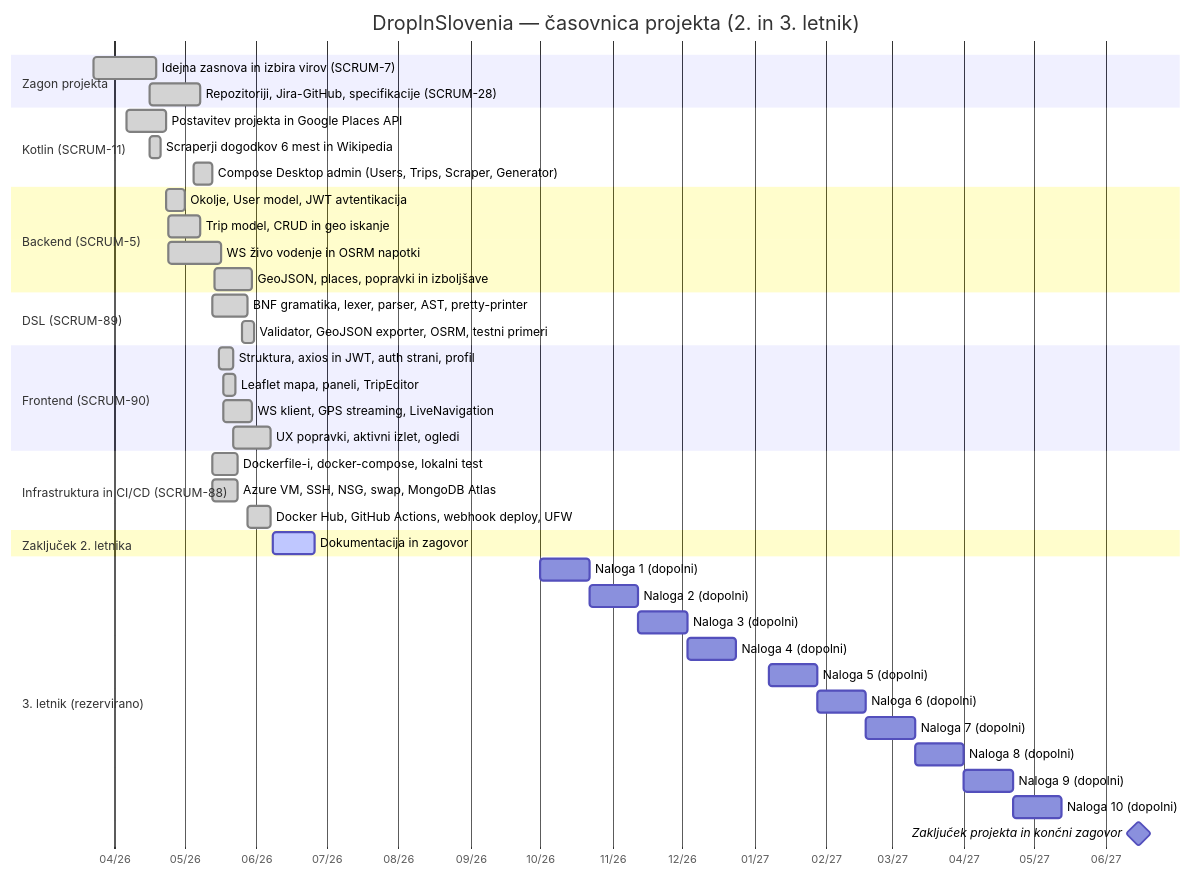
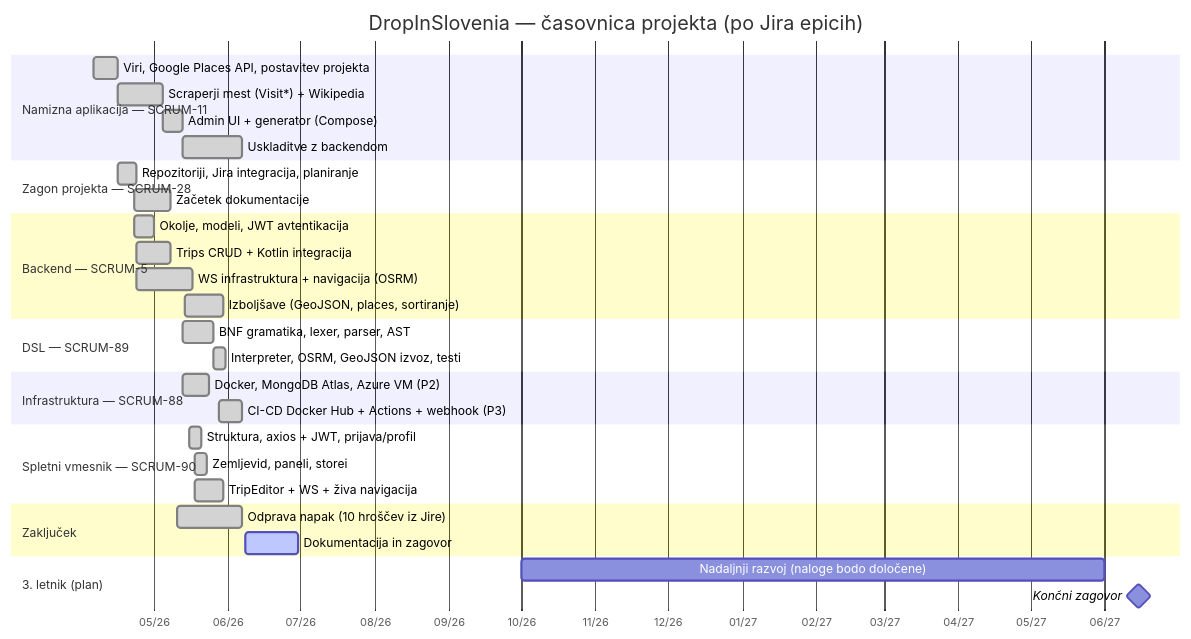
One commit to DropInSlovenia/dokumentacija changed the first of 11 diagrams in DOKUMENTACIJA.md. Above: the diagram before and after it, drawn with Mermaid. The commit also changed other lines of this file, not shown here.

````diff
--- a/DOKUMENTACIJA.md
+++ b/DOKUMENTACIJA.md
@@ -68,52 +65,43 @@
 ```mermaid
 gantt
-    title DropInSlovenia — časovnica projekta (2. in 3. letnik)
+    title DropInSlovenia — časovnica projekta (po Jira epicih)
     dateFormat  YYYY-MM-DD
     axisFormat  %m/%y
 
-    section Zagon projekta
-    Idejna zasnova in izbira virov (SCRUM-7)              :done, vir,   2026-03-23, 2026-04-19
-    Repozitoriji, Jira-GitHub, specifikacije (SCRUM-28)   :done, setup, 2026-04-16, 2026-05-08
+    section Namizna aplikacija — SCRUM-11
+    Viri, Google Places API, postavitev projekta :done, kt1, 2026-04-06, 2026-04-16
+    Scraperji mest (Visit*) + Wikipedia          :done, kt2, 2026-04-16, 2026-05-05
+    Admin UI + generator (Compose)               :done, kt3, 2026-05-05, 2026-05-13
+    Uskladitve z backendom                       :done, kt4, 2026-05-13, 2026-06-07
 
-    section Kotlin (SCRUM-11)
-    Postavitev projekta in Google Places API              :done, kt1, 2026-04-06, 2026-04-23
-    Scraperji dogodkov 6 mest in Wikipedia                :done, kt2, 2026-04-16, 2026-04-21
-    Compose Desktop admin (Users, Trips, Scraper, Generator) :done, kt3, 2026-05-05, 2026-05-13
+    section Zagon projekta — SCRUM-28
+    Repozitoriji, Jira integracija, planiranje   :done, st1, 2026-04-16, 2026-04-24
+    Začetek dokumentacije                        :done, st2, 2026-04-23, 2026-05-08
 
-    section Backend (SCRUM-5)
-    Okolje, User model, JWT avtentikacija                 :done, be1, 2026-04-23, 2026-05-01
-    Trip model, CRUD in geo iskanje                       :done, be2, 2026-04-24, 2026-05-08
-    WS živo vodenje in OSRM napotki                       :done, be3, 2026-04-24, 2026-05-17
-    GeoJSON, places, popravki in izboljšave               :done, be4, 2026-05-14, 2026-05-30
+    section Backend — SCRUM-5
+    Okolje, modeli, JWT avtentikacija            :done, be1, 2026-04-23, 2026-05-01
+    Trips CRUD + Kotlin integracija              :done, be2, 2026-04-24, 2026-05-08
+    WS infrastruktura + navigacija (OSRM)        :done, be3, 2026-04-24, 2026-05-17
+    Izboljšave (GeoJSON, places, sortiranje)     :done, be4, 2026-05-14, 2026-05-30
 
-    section DSL (SCRUM-89)
-    BNF gramatika, lexer, parser, AST, pretty-printer     :done, dsl1, 2026-05-13, 2026-05-28
-    Validator, GeoJSON exporter, OSRM, testni primeri     :done, dsl2, 2026-05-26, 2026-05-31
+    section DSL — SCRUM-89
+    BNF gramatika, lexer, parser, AST            :done, dsl1, 2026-05-13, 2026-05-26
+    Interpreter, OSRM, GeoJSON izvoz, testi      :done, dsl2, 2026-05-26, 2026-05-31
 
-    section Frontend (SCRUM-90)
-    Struktura, axios in JWT, auth strani, profil          :done, fe1, 2026-05-16, 2026-05-22
-    Leaflet mapa, paneli, TripEditor                      :done, fe2, 2026-05-18, 2026-05-23
-    WS klient, GPS streaming, LiveNavigation              :done, fe3, 2026-05-18, 2026-05-30
-    UX popravki, aktivni izlet, ogledi                    :done, fe4, 2026-05-22, 2026-06-07
+    section Infrastruktura — SCRUM-88
+    Docker, MongoDB Atlas, Azure VM (P2)         :done, inf1, 2026-05-13, 2026-05-24
+    CI-CD Docker Hub + Actions + webhook (P3)    :done, inf2, 2026-05-28, 2026-06-07
 
-    section Infrastruktura in CI/CD (SCRUM-88)
-    Dockerfile-i, docker-compose, lokalni test            :done, inf1, 2026-05-13, 2026-05-24
-    Azure VM, SSH, NSG, swap, MongoDB Atlas               :done, inf2, 2026-05-13, 2026-05-24
-    Docker Hub, GitHub Actions, webhook deploy, UFW       :done, inf3, 2026-05-28, 2026-06-07
+    section Spletni vmesnik — SCRUM-90
+    Struktura, axios + JWT, prijava/profil       :done, fe1, 2026-05-16, 2026-05-21
+    Zemljevid, paneli, storei                    :done, fe2, 2026-05-18, 2026-05-23
+    TripEditor + WS + živa navigacija            :done, fe3, 2026-05-18, 2026-05-30
 
-    section Zaključek 2. letnika
-    Dokumentacija in zagovor                              :active, doc, 2026-06-08, 2026-06-26
+    section Zaključek
+    Odprava napak (10 hroščev iz Jire)           :done,   bug, 2026-05-11, 2026-06-07
+    Dokumentacija in zagovor                     :active, doc, 2026-06-08, 2026-06-30
 
-    section 3. letnik (rezervirano)
-    Naloga 1 (dopolni)                                    :t1,  2026-10-01, 21d
-    Naloga 2 (dopolni)                                    :t2,  2026-10-22, 21d
-    Naloga 3 (dopolni)                                    :t3,  2026-11-12, 21d
-    Naloga 4 (dopolni)                                    :t4,  2026-12-03, 21d
-    Naloga 5 (dopolni)                                    :t5,  2027-01-07, 21d
-    Naloga 6 (dopolni)                                    :t6,  2027-01-28, 21d
-    Naloga 7 (dopolni)                                    :t7,  2027-02-18, 21d
-    Naloga 8 (dopolni)                                    :t8,  2027-03-11, 21d
-    Naloga 9 (dopolni)                                    :t9,  2027-04-01, 21d
-    Naloga 10 (dopolni)                                   :t10, 2027-04-22, 21d
-    Zaključek projekta in končni zagovor                  :milestone, konec, 2027-06-15, 0d
+    section 3. letnik (plan)
+    Nadaljnji razvoj (naloge bodo določene)      :        y3,  2026-10-01, 2027-06-01
+    Končni zagovor                               :milestone, m1, 2027-06-15, 0d
 ```
````
